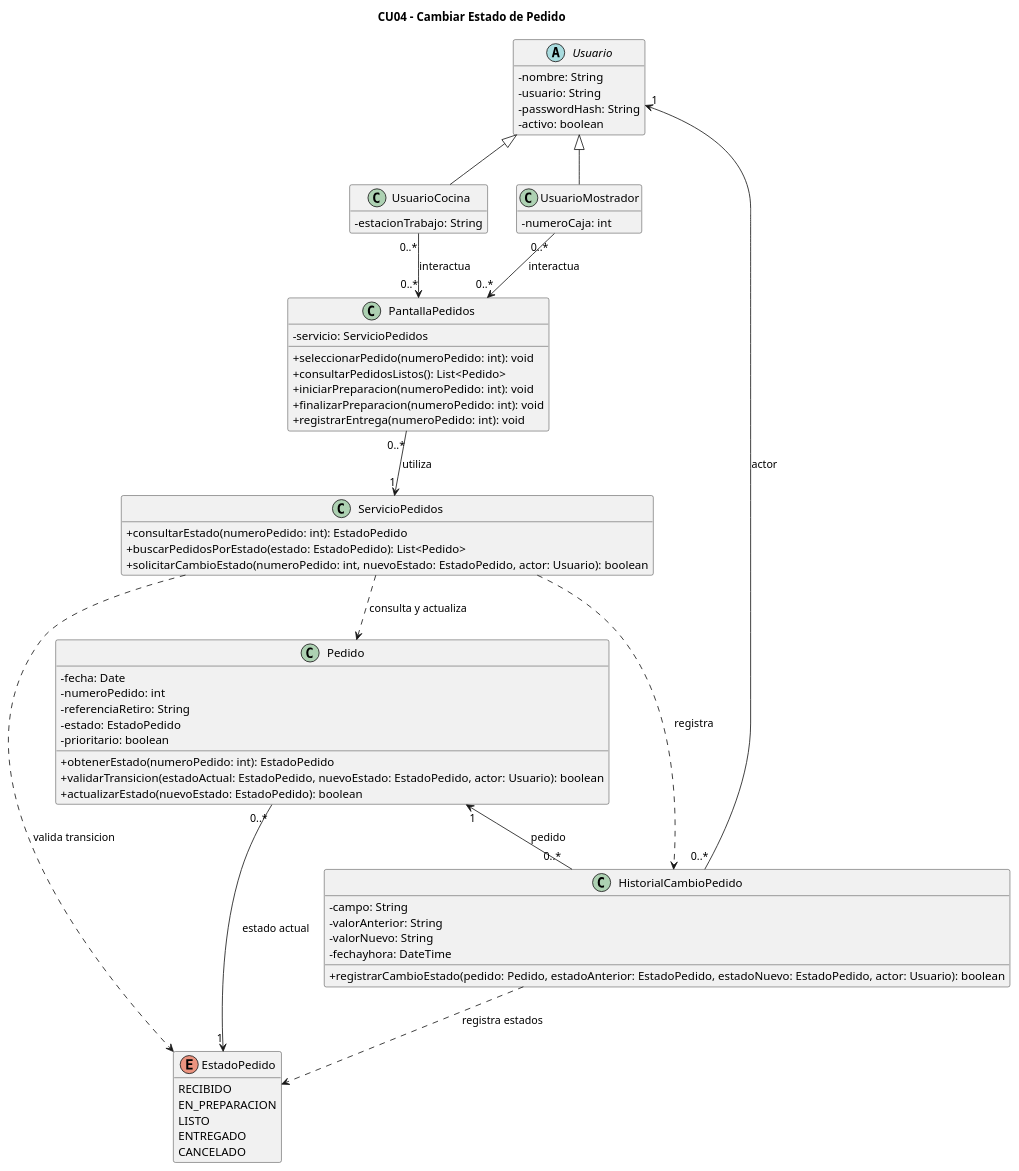
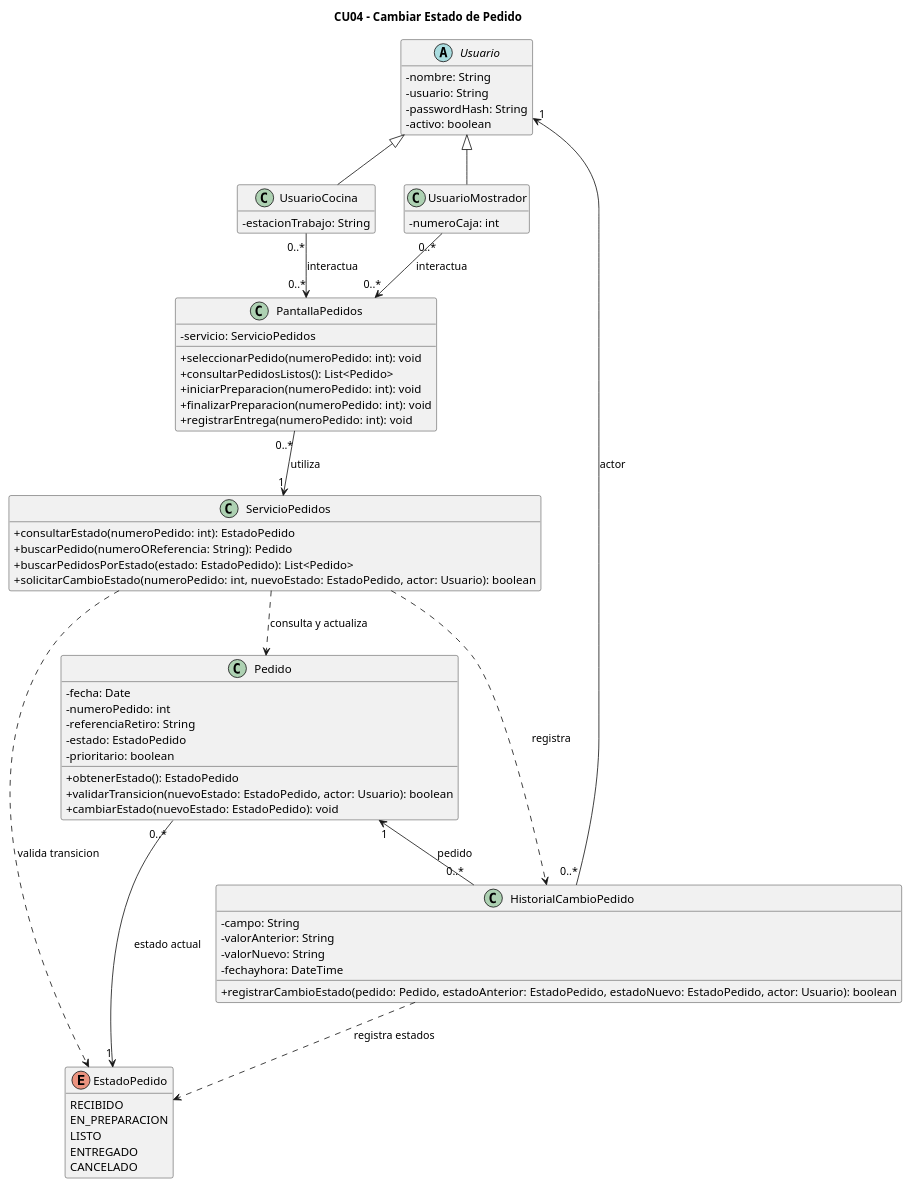
One commit to eloeyhe/SistemaPedidos changed the diagram in diagramas/01-diagrama-clases/04-clases-cambiar-estado-pedido-04.puml. Above: the diagram before and after it, drawn with PlantUML. The commit also changed 28 other files, not shown here.

First line of the commit message:
Unifico CU5 y los contratos de CU2, CU3 y CU4 y actualizo el diagrama final segun RC4 y RC18 a RC23

```diff
--- a/diagramas/01-diagrama-clases/04-clases-cambiar-estado-pedido-04.puml
+++ b/diagramas/01-diagrama-clases/04-clases-cambiar-estado-pedido-04.puml
@@ -1,79 +1,80 @@
 @startuml 04-clases-cambiar-estado-pedido-04
 title CU04 - Cambiar Estado de Pedido
 skinparam classAttributeIconSize 0
 hide empty members
 
 abstract class Usuario {
   - nombre: String
   - usuario: String
   - passwordHash: String
   - activo: boolean
 }
 
 class UsuarioCocina {
   - estacionTrabajo: String
 }
 
 class UsuarioMostrador {
   - numeroCaja: int
 }
 
 class PantallaPedidos {
   - servicio: ServicioPedidos
   + seleccionarPedido(numeroPedido: int): void
   + consultarPedidosListos(): List<Pedido>
   + iniciarPreparacion(numeroPedido: int): void
   + finalizarPreparacion(numeroPedido: int): void
   + registrarEntrega(numeroPedido: int): void
 }
 
 class ServicioPedidos {
   + consultarEstado(numeroPedido: int): EstadoPedido
+  + buscarPedido(numeroOReferencia: String): Pedido
   + buscarPedidosPorEstado(estado: EstadoPedido): List<Pedido>
   + solicitarCambioEstado(numeroPedido: int, nuevoEstado: EstadoPedido, actor: Usuario): boolean
 }
 
 class Pedido {
   - fecha: Date
   - numeroPedido: int
   - referenciaRetiro: String
   - estado: EstadoPedido
   - prioritario: boolean
-  + obtenerEstado(numeroPedido: int): EstadoPedido
-  + validarTransicion(estadoActual: EstadoPedido, nuevoEstado: EstadoPedido, actor: Usuario): boolean
-  + actualizarEstado(nuevoEstado: EstadoPedido): boolean
+  + obtenerEstado(): EstadoPedido
+  + validarTransicion(nuevoEstado: EstadoPedido, actor: Usuario): boolean
+  + cambiarEstado(nuevoEstado: EstadoPedido): void
 }
 
 class HistorialCambioPedido {
   - campo: String
   - valorAnterior: String
   - valorNuevo: String
   - fechayhora: DateTime
   + registrarCambioEstado(pedido: Pedido, estadoAnterior: EstadoPedido, estadoNuevo: EstadoPedido, actor: Usuario): boolean
 }
 
 enum EstadoPedido {
   RECIBIDO
   EN_PREPARACION
   LISTO
   ENTREGADO
   CANCELADO
 }
 
 Usuario <|-- UsuarioCocina
 Usuario <|-- UsuarioMostrador
 
 UsuarioCocina "0..*" --> "0..*" PantallaPedidos : interactua
 UsuarioMostrador "0..*" --> "0..*" PantallaPedidos : interactua
 
 PantallaPedidos "0..*" --> "1" ServicioPedidos : utiliza
 ServicioPedidos ..> Pedido : consulta y actualiza
 ServicioPedidos ..> HistorialCambioPedido : registra
 
 Pedido "0..*" --> "1" EstadoPedido : estado actual
 Pedido "1" <-- "0..*" HistorialCambioPedido : pedido
 HistorialCambioPedido "0..*" --> "1" Usuario : actor
 
 ServicioPedidos ..> EstadoPedido : valida transicion
 HistorialCambioPedido ..> EstadoPedido : registra estados
 @enduml
```
